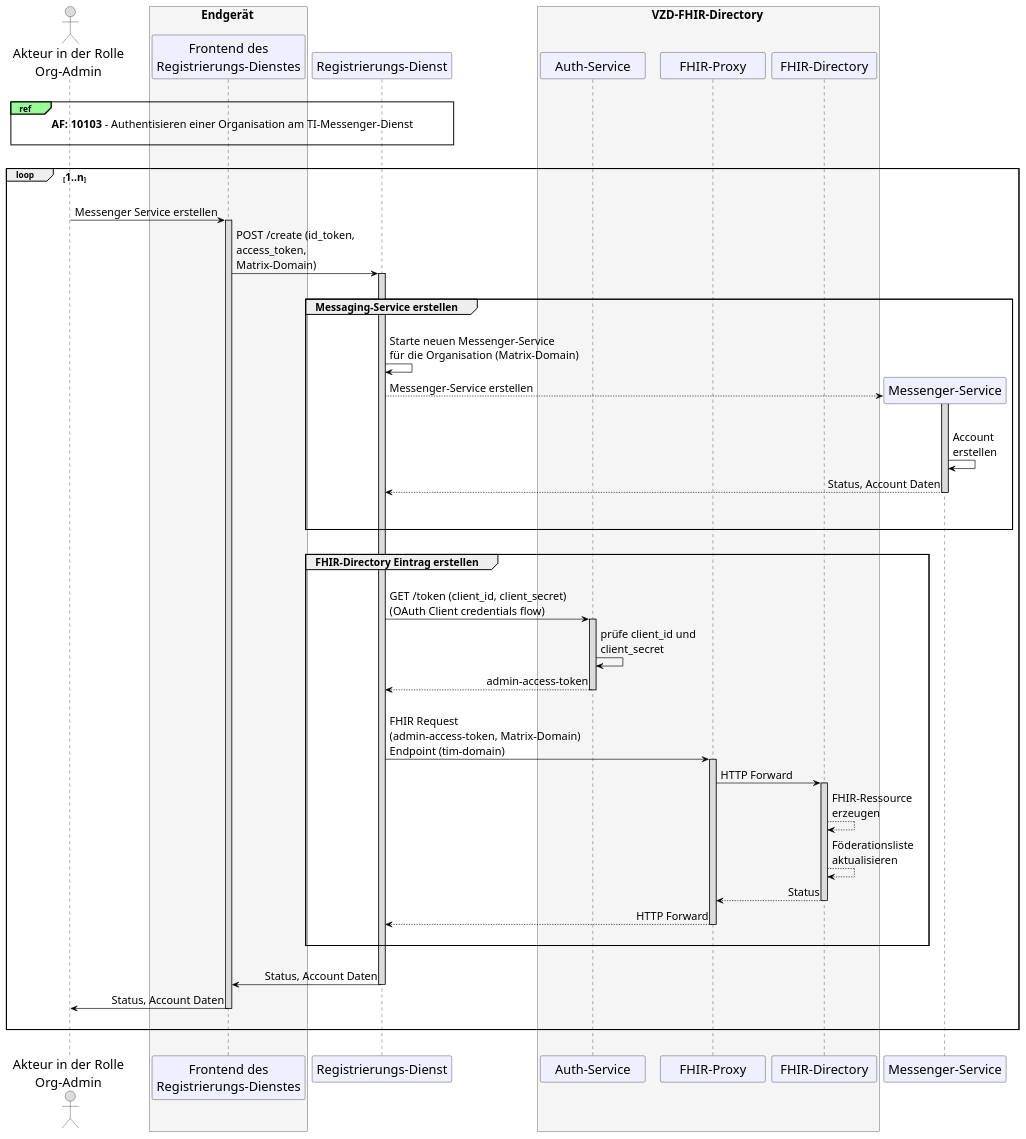
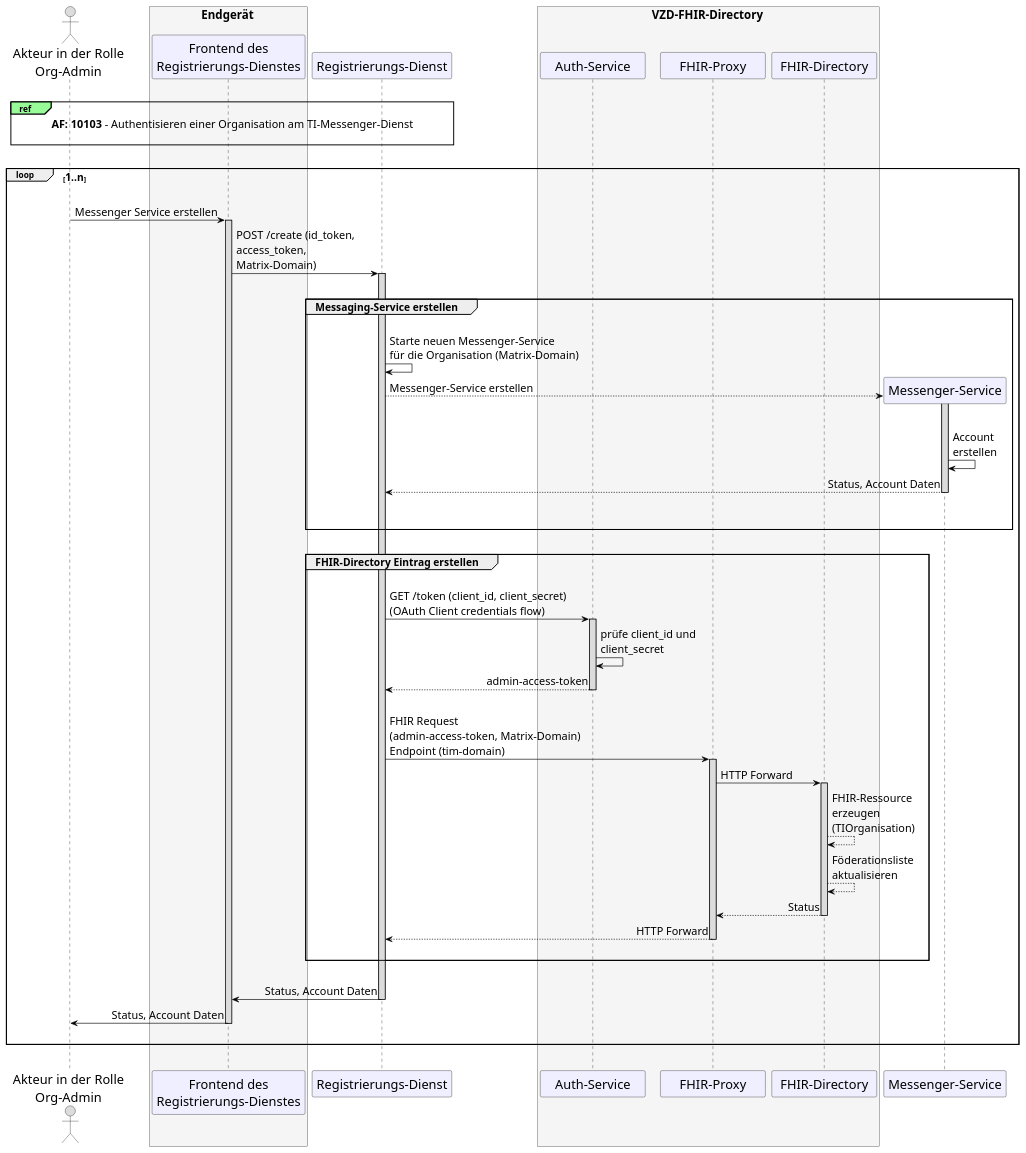
One commit to gematik/api-ti-messenger changed the diagram in src/plantuml/TI-Messenger-Dienst/Ressourcen/UC_10060_Seq.puml. Above: the diagram before and after it, drawn with PlantUML.

```diff
--- a/src/plantuml/TI-Messenger-Dienst/Ressourcen/UC_10060_Seq.puml
+++ b/src/plantuml/TI-Messenger-Dienst/Ressourcen/UC_10060_Seq.puml
@@ -9,98 +9,98 @@
 @startuml
 skinparam sequenceMessageAlign direction
 skinparam WrapWidth 300
 skinparam minClassWidth 150
 skinparam BoxPadding 1
 skinparam sequenceReferenceHeaderBackgroundColor palegreen
 scale max 2048 width
 
 skinparam sequence {
 ArrowColor black
 ArrowFontSize 17
 ActorBorderColor black
 LifeLineBorderColor black
 LifeLineBackgroundColor Gainsboro
 
 ParticipantBorderColor Motivation
 ParticipantBackgroundColor Motivation
 ParticipantFontName Impact
 ParticipantFontSize 20
 ParticipantFontColor black
 ParticipantBorderColor Black
 ParticipantBackgroundColor MOTIVATION
 
 ActorBackgroundColor Gainsboro
 ActorFontColor black
 ActorFontSize 20
 ActorFontName Aapex
 }
     actor U as "Akteur in der Rolle\nOrg-Admin"
     box <size:18>Endgerät</size> #WhiteSmoke
       participant C as "Frontend des\nRegistrierungs-Dienstes"
     end box
     participant R as "Registrierungs-Dienst"
     box <size:18>VZD-FHIR-Directory</size> #WhiteSmoke
     participant Auth as "Auth-Service"
     participant FP as "FHIR-Proxy"
     participant VZD as "FHIR-Directory"
     end box
 
 |||
 ref over U, R: <size:17>**AF: 10103** - Authentisieren einer Organisation am TI-Messenger-Dienst</size>\n 
 |||
 
 loop <size:16>1..n</size>
   |||
   U->C: Messenger Service erstellen
   Activate C
   C->R: POST /create (id_token, \naccess_token, \nMatrix-Domain)
     Activate R
     
     |||
     group <size:16>Messaging-Service erstellen</size>
     |||
       R->R: Starte neuen Messenger-Service \nfür die Organisation (Matrix-Domain)
         create "Messenger-Service"
           R-->"Messenger-Service" : Messenger-Service erstellen 
         Activate "Messenger-Service"
       |||
       "Messenger-Service"->"Messenger-Service": Account \nerstellen
       "Messenger-Service"-->R: Status, Account Daten
       |||
         Deactivate "Messenger-Service"
     |||
     end
     
     |||
     
     group <size:16>FHIR-Directory Eintrag erstellen</size>
     |||
       R->Auth: GET /token (client_id, client_secret) \n(OAuth Client credentials flow)
         Activate Auth
       Auth->Auth: prüfe client_id und \nclient_secret
       Auth-->R: admin-access-token
         Deactivate Auth
       |||
       R->FP: FHIR Request \n(admin-access-token, Matrix-Domain)\nEndpoint (tim-domain)
         Activate FP
       FP->VZD: HTTP Forward
         Activate VZD
-      VZD-->VZD: FHIR-Ressource \nerzeugen
+      VZD-->VZD: FHIR-Ressource \nerzeugen \n(TIOrganisation)
       VZD-->VZD: Föderationsliste\naktualisieren
       VZD-->FP: Status
         Deactivate VZD
       FP-->R: HTTP Forward
         Deactivate FP
 
     |||
     end
 
   |||
   R->C: Status, Account Daten
     Deactivate R
   C->U: Status, Account Daten
     Deactivate C
   |||
 end
 |||
 @enduml
```
